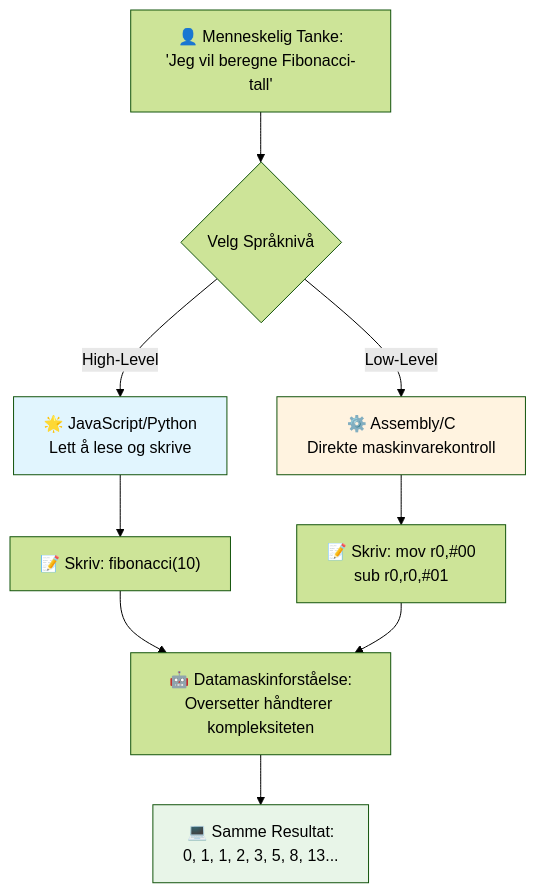
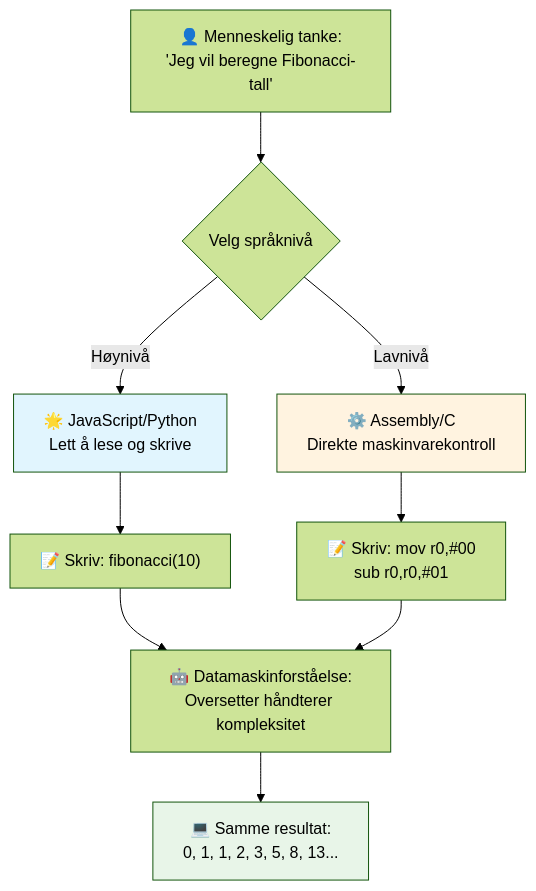
One commit to microsoft/Web-Dev-For-Beginners changed the third of 7 diagrams in translations/no/1-getting-started-lessons/1-intro-to-programming-languages/README.md. Above: the diagram before and after it, drawn with Mermaid (forest theme). The commit also changed other lines of this file and 8 other files, not shown here.

````diff
--- a/translations/no/1-getting-started-lessons/1-intro-to-programming-languages/README.md
+++ b/translations/no/1-getting-started-lessons/1-intro-to-programming-languages/README.md
@@ -148,19 +148,19 @@
 ```mermaid
 flowchart TB
-    A["👤 Menneskelig Tanke:<br/>'Jeg vil beregne Fibonacci-tall'"] --> B{Velg Språknivå}
+    A["👤 Menneskelig tanke:<br/>'Jeg vil beregne Fibonacci-tall'"] --> B{Velg språknivå}
     
-    B -->|High-Level| C["🌟 JavaScript/Python<br/>Lett å lese og skrive"]
-    B -->|Low-Level| D["⚙️ Assembly/C<br/>Direkte maskinvarekontroll"]
+    B -->|Høynivå| C["🌟 JavaScript/Python<br/>Lett å lese og skrive"]
+    B -->|Lavnivå| D["⚙️ Assembly/C<br/>Direkte maskinvarekontroll"]
     
     C --> E["📝 Skriv: fibonacci(10)"]
     D --> F["📝 Skriv: mov r0,#00<br/>sub r0,r0,#01"]
     
-    E --> G["🤖 Datamaskinforståelse:<br/>Oversetter håndterer kompleksiteten"]
+    E --> G["🤖 Datamaskinforståelse:<br/>Oversetter håndterer kompleksitet"]
     F --> G
     
-    G --> H["💻 Samme Resultat:<br/>0, 1, 1, 2, 3, 5, 8, 13..."]
+    G --> H["💻 Samme resultat:<br/>0, 1, 1, 2, 3, 5, 8, 13..."]
     
     style C fill:#e1f5fe
     style D fill:#fff3e0
     style H fill:#e8f5e8
 ```
````
